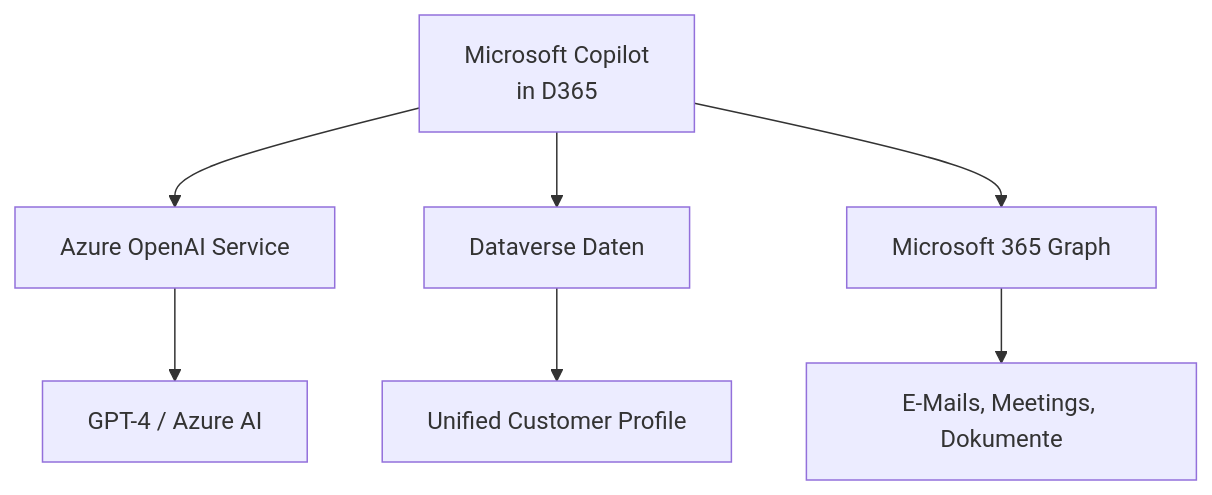
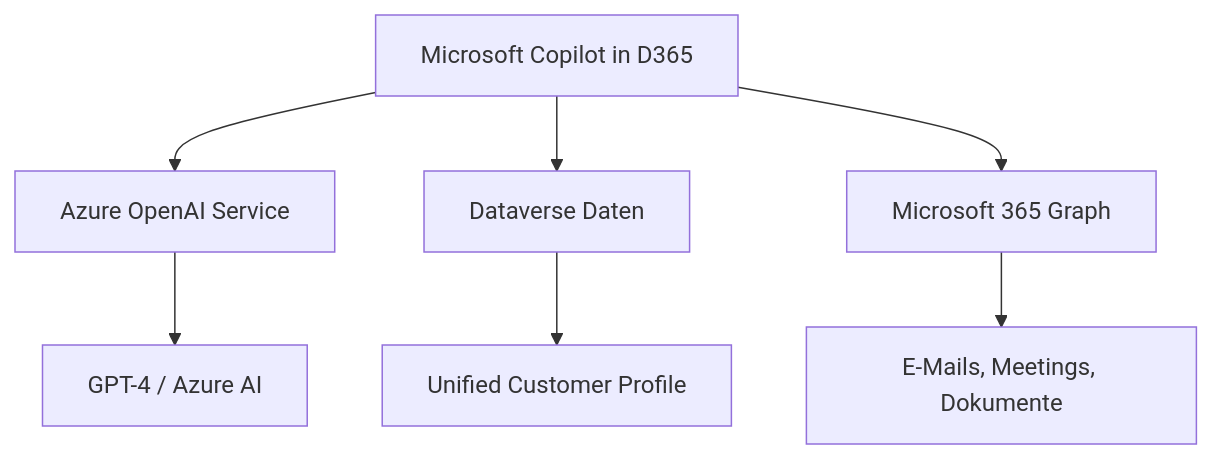
One commit to SoniiiT/notes-n-docs changed the fourth of 4 diagrams in Microsoft 365/Dynamics 365/Dynamics 365 Überblick.md. Above: the diagram before and after it, drawn with Mermaid. The commit also changed other lines of this file and 124 other files, not shown here.

First line of the commit message:
fix: Entferne \n aus allen Mermaid-Diagrammen (125 Dateien)

````diff
--- a/Microsoft 365/Dynamics 365/Dynamics 365 Überblick.md
+++ b/Microsoft 365/Dynamics 365/Dynamics 365 Überblick.md
@@ -225,9 +225,9 @@
 ```mermaid
 graph TD
-    COP[Microsoft Copilot\nin D365] --> AZ[Azure OpenAI Service]
+    COP[Microsoft Copilot in D365] --> AZ[Azure OpenAI Service]
     COP --> DV2[Dataverse Daten]
     COP --> M365[Microsoft 365 Graph]
     AZ --> GPT[GPT-4 / Azure AI]
     DV2 --> UCP[Unified Customer Profile]
     M365 --> EML[E-Mails, Meetings, Dokumente]
 ```
````
